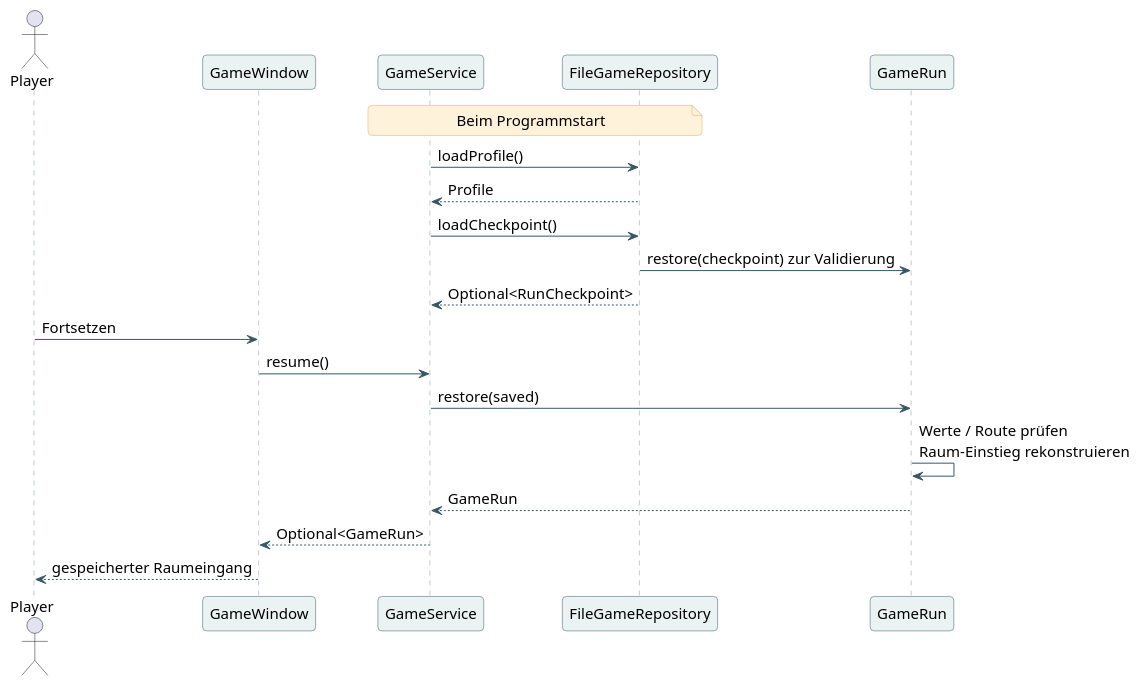
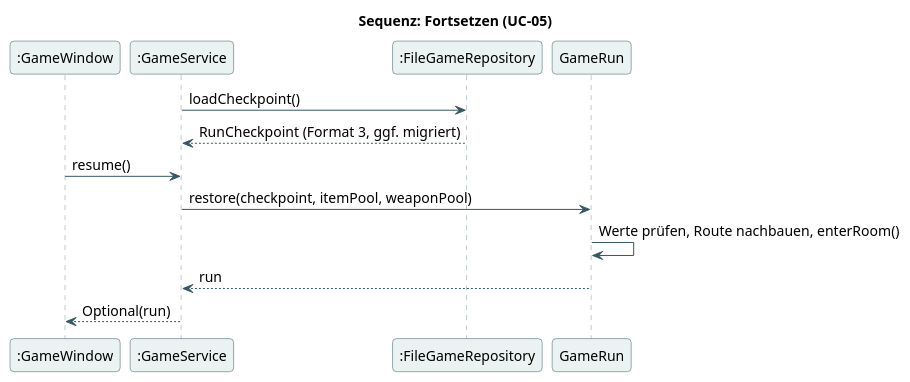
Before and after one commit to bassdav2/abyss: the diagram in docs/diagrams/10-resume-sequence.puml, drawn with PlantUML. The commit also changed 421 other files, not shown here.

```diff
--- a/docs/diagrams/10-resume-sequence.puml
+++ b/docs/diagrams/10-resume-sequence.puml
@@ -1,39 +1,33 @@
 @startuml
 skinparam backgroundColor #FFFFFF
 skinparam defaultFontName Arial
-skinparam defaultFontSize 15
+skinparam defaultFontSize 14
 skinparam shadowing false
 skinparam roundcorner 8
 skinparam ArrowColor #355863
 skinparam classBackgroundColor #EAF3F2
 skinparam classBorderColor #355863
 skinparam participantBackgroundColor #EAF3F2
 skinparam participantBorderColor #355863
 skinparam sequenceLifeLineBorderColor #7A979C
 skinparam noteBackgroundColor #FFF2DA
 skinparam noteBorderColor #D8AA64
 skinparam packageBackgroundColor #F5F8F7
 skinparam packageBorderColor #6E8B91
+skinparam stateBackgroundColor #EAF3F2
+skinparam stateBorderColor #355863
 hide empty members
-actor Player
-participant GameWindow as UI
-participant GameService as Service
-participant FileGameRepository as Repo
-participant GameRun as Run
-note over Service,Repo
-Beim Programmstart
-end note
-Service -> Repo : loadProfile()
-Repo --> Service : Profile
-Service -> Repo : loadCheckpoint()
-Repo -> Run : restore(checkpoint) zur Validierung
-Repo --> Service : Optional<RunCheckpoint>
-Player -> UI : Fortsetzen
-UI -> Service : resume()
-Service -> Run : restore(saved)
-Run -> Run : Werte / Route prüfen\nRaum-Einstieg rekonstruieren
-Run --> Service : GameRun
-Service --> UI : Optional<GameRun>
-UI --> Player : gespeicherter Raumeingang
+title Sequenz: Fortsetzen (UC-05)
+participant ":GameWindow" as W
+participant ":GameService" as S
+participant ":FileGameRepository" as F
+participant "GameRun" as R
+S -> F : loadCheckpoint()
+F --> S : RunCheckpoint (Format 3, ggf. migriert)
+W -> S : resume()
+S -> R : restore(checkpoint, itemPool, weaponPool)
+R -> R : Werte prüfen, Route nachbauen, enterRoom()
+R --> S : run
+S --> W : Optional(run)
 
 @enduml
```
